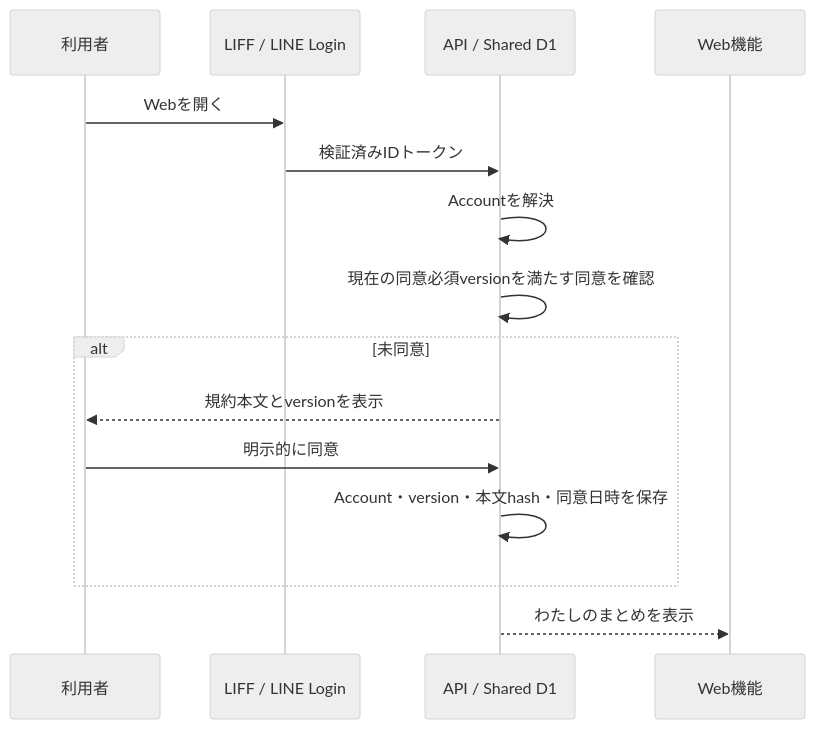
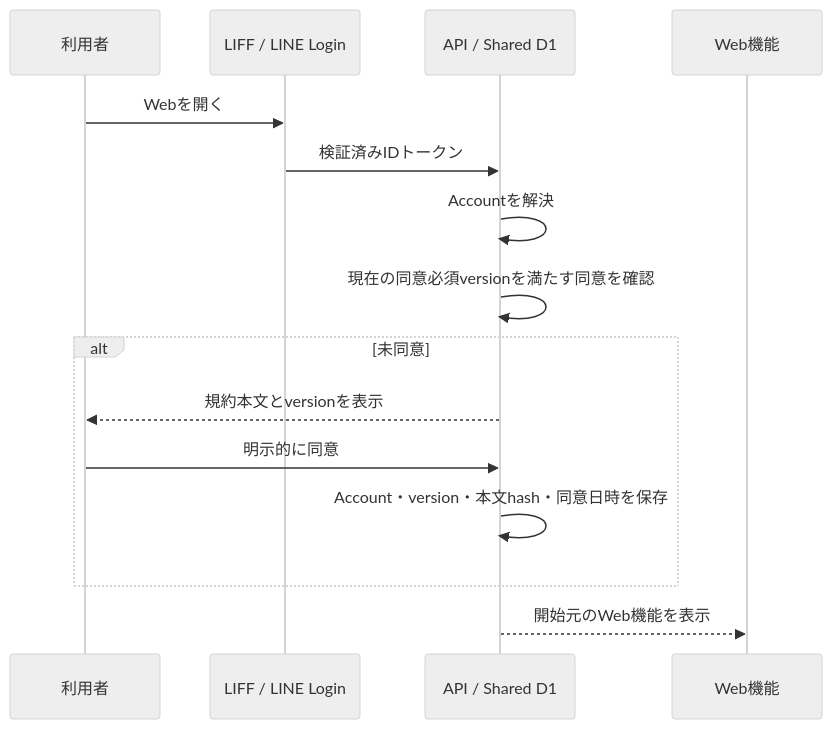
Before and after one commit to kkyosuke/me-builder: the first of 3 diagrams in docs/product/service-terms-consent-experience.md, drawn with Mermaid (neutral theme). The commit also changed other lines of this file and 6 other files, not shown here.

````diff
--- a/docs/product/service-terms-consent-experience.md
+++ b/docs/product/service-terms-consent-experience.md
@@ -18,18 +18,18 @@
 ```mermaid
 sequenceDiagram
     participant U as 利用者
     participant L as LIFF / LINE Login
     participant A as API / Shared D1
     participant W as Web機能
 
     U->>L: Webを開く
     L->>A: 検証済みIDトークン
     A->>A: Accountを解決
     A->>A: 現在の同意必須versionを満たす同意を確認
     alt 未同意
         A-->>U: 規約本文とversionを表示
         U->>A: 明示的に同意
         A->>A: Account・version・本文hash・同意日時を保存
     end
-    A-->>W: わたしのまとめを表示
+    A-->>W: 開始元のWeb機能を表示
 ```
````
